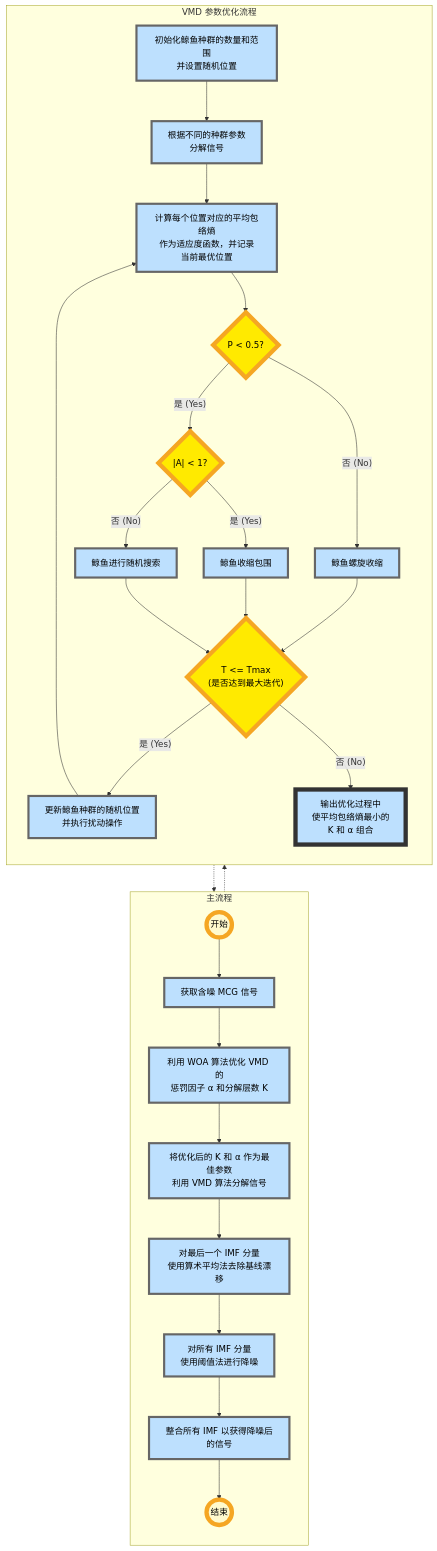
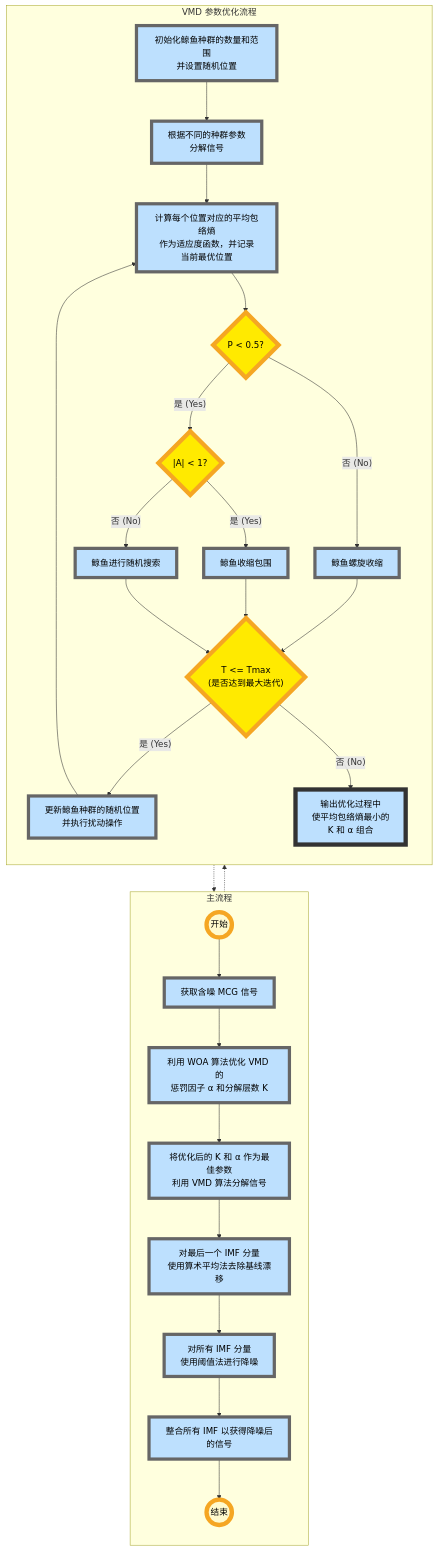
Before and after one commit to songxinudt/test: the diagram in README.md, drawn with Mermaid.

````diff
--- a/README.md
+++ b/README.md
@@ -1,76 +1,76 @@
 ```mermaid
 graph TD
     %% 定义样式
-    classDef process fill:#bde0fe,stroke:#666,stroke-width:4px,color:black;
+    classDef process fill:#bde0fe,stroke:#666,stroke-width:6px,color:black;
     classDef decision fill:#ffea00,stroke:#f5a623,stroke-width:8px,color:black;
     classDef startend fill:#fffacd,stroke:#f5a623,stroke-width:8px,color:black;
     classDef output fill:#bde0fe,stroke:#333,stroke-width:8px,color:black;
 
     %% --- 右侧主流程 ---
     subgraph MainFlow [主流程]
         direction TB
         Start((开始)):::startend
         Acquire[获取含噪 MCG 信号]:::process
         
         %% 这里对应左侧的优化过程
         Optimize[利用 WOA 算法优化 VMD 的<br/>惩罚因子 α 和分解层数 K]:::process
         
         UseParams[将优化后的 K 和 α 作为最佳参数<br/>利用 VMD 算法分解信号]:::process
         RemoveBaseline[对最后一个 IMF 分量<br/>使用算术平均法去除基线漂移]:::process
         Threshold[对所有 IMF 分量<br/>使用阈值法进行降噪]:::process
         Integrate[整合所有 IMF 以获得降噪后的信号]:::process
         End((结束)):::startend
 
         Start --> Acquire
         Acquire --> Optimize
         Optimize --> UseParams
         UseParams --> RemoveBaseline
         RemoveBaseline --> Threshold
         Threshold --> Integrate
         Integrate --> End
     end
 
     %% --- 左侧 VMD 参数优化流程 ---
     subgraph Optimization [VMD 参数优化流程]
         direction TB
         Opt_Init[初始化鲸鱼种群的数量和范围<br/>并设置随机位置]:::process
         Opt_Decomp[根据不同的种群参数<br/>分解信号]:::process
         Opt_Fitness[计算每个位置对应的平均包络熵<br/>作为适应度函数，并记录<br/>当前最优位置]:::process
         
         %% 修复点：必须加双引号
         Dec_P{"P < 0.5?"}:::decision
         Dec_A{"|A| < 1?"}:::decision
         
         Action_Spiral[鲸鱼螺旋收缩]:::process
         Action_Shrink[鲸鱼收缩包围]:::process
         Action_Random[鲸鱼进行随机搜索]:::process
         
         Dec_T{"T <= Tmax<br/>(是否达到最大迭代)"}:::decision
         
         Action_Update[更新鲸鱼种群的随机位置<br/>并执行扰动操作]:::process
         Opt_Output[输出优化过程中<br/>使平均包络熵最小的<br/>K 和 α 组合]:::output
 
         Opt_Init --> Opt_Decomp
         Opt_Decomp --> Opt_Fitness
         Opt_Fitness --> Dec_P
         
         Dec_P -- 否 (No) --> Action_Spiral
         Dec_P -- 是 (Yes) --> Dec_A
         
         Dec_A -- 是 (Yes) --> Action_Shrink
         Dec_A -- 否 (No) --> Action_Random
         
         Action_Spiral --> Dec_T
         Action_Shrink --> Dec_T
         Action_Random --> Dec_T
         
         Dec_T -- 是 (Yes) --> Action_Update
         Action_Update --> Opt_Fitness
         
         Dec_T -- 否 (No) --> Opt_Output
     end
 
     %% 连接两个子图的逻辑关系
     Optimize -.-> Opt_Init
     Opt_Output -.-> Optimize
 ```
````
